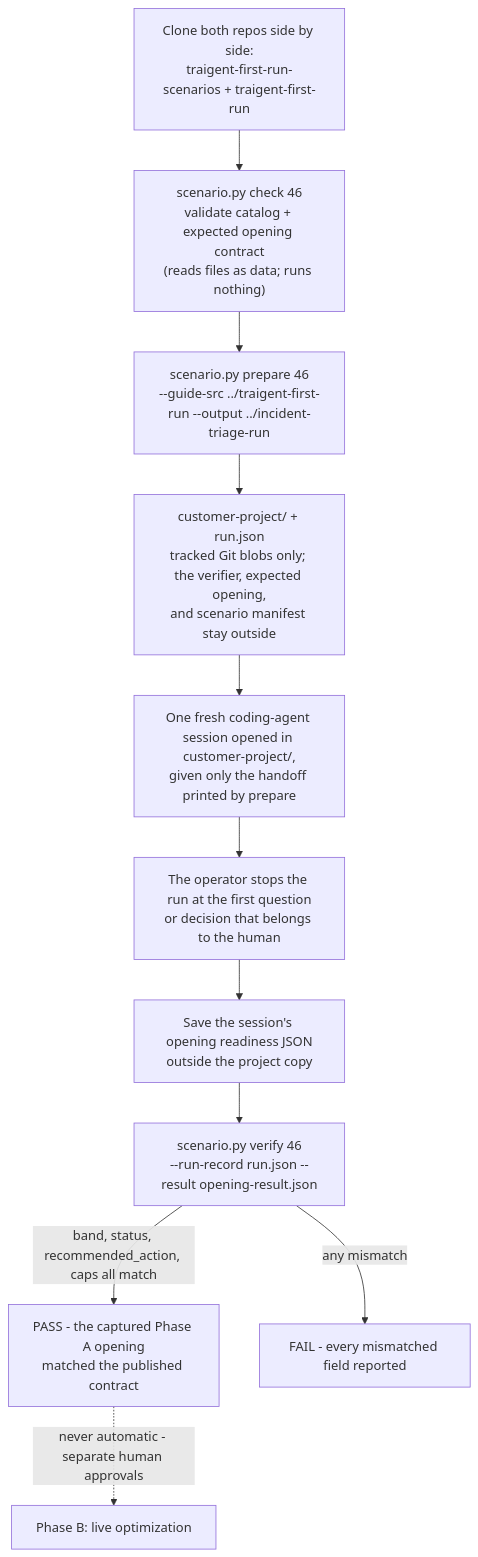
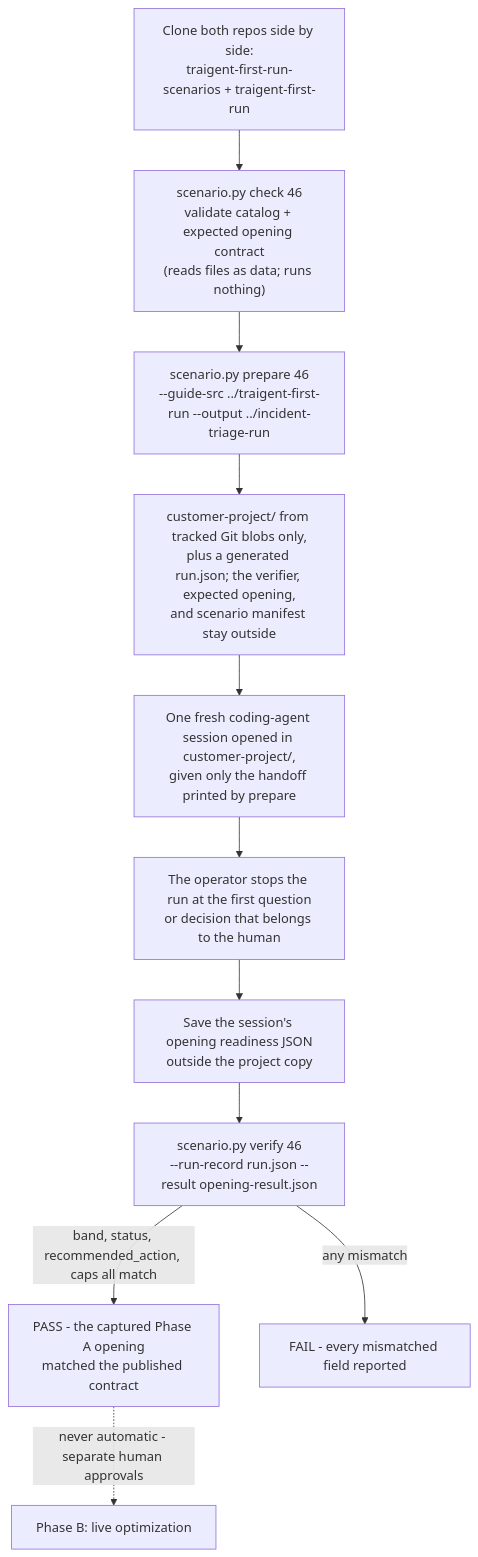
Before and after one commit to Traigent/traigent-first-run-scenarios: the diagram in README.md, drawn with Mermaid. The commit also changed other lines of this file and 10 other files, not shown here.

````diff
--- a/README.md
+++ b/README.md
@@ -159,13 +159,13 @@
 ```mermaid
 flowchart TD
     A["Clone both repos side by side:<br/>traigent-first-run-scenarios + traigent-first-run"] --> B["scenario.py check 46<br/>validate catalog + expected opening contract<br/>(reads files as data; runs nothing)"]
     B --> C["scenario.py prepare 46<br/>--guide-src ../traigent-first-run --output ../incident-triage-run"]
-    C --> D["customer-project/ + run.json<br/>tracked Git blobs only; the verifier, expected opening,<br/>and scenario manifest stay outside"]
+    C --> D["customer-project/ from tracked Git blobs only,<br/>plus a generated run.json; the verifier, expected opening,<br/>and scenario manifest stay outside"]
     D --> E["One fresh coding-agent session opened in customer-project/,<br/>given only the handoff printed by prepare"]
     E --> F["The operator stops the run at the first question<br/>or decision that belongs to the human"]
     F --> G["Save the session's opening readiness JSON<br/>outside the project copy"]
     G --> H["scenario.py verify 46<br/>--run-record run.json --result opening-result.json"]
     H -->|"band, status, recommended_action, caps all match"| I["PASS - the captured Phase A opening<br/>matched the published contract"]
     H -->|"any mismatch"| J["FAIL - every mismatched field reported"]
     I -.->|"never automatic - separate human approvals"| K["Phase B: live optimization"]
 ```
````
